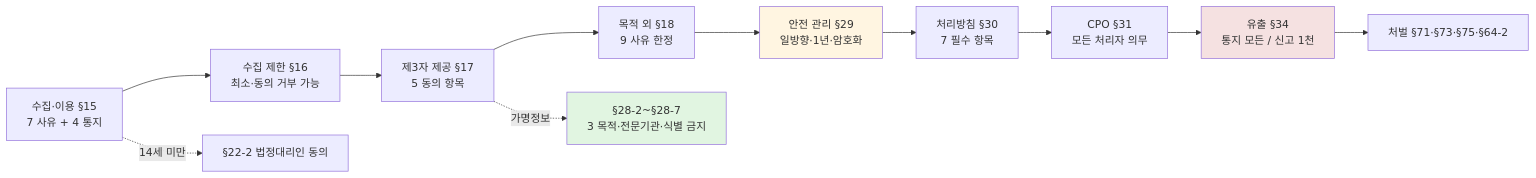
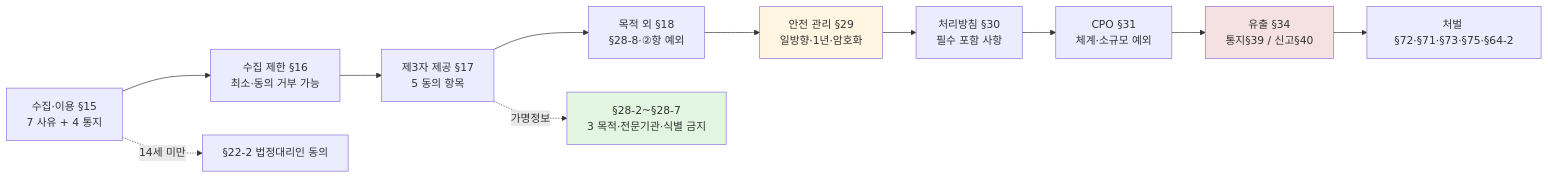
The third of 5 diagrams in cs/information-security/study/05.management-and-law/08.privacy-law.md (ianrang/cs-study), drawn with Mermaid before and after one commit. The commit also changed other lines of this file and 1 other file, not shown here.

````diff
--- a/cs/information-security/study/05.management-and-law/08.privacy-law.md
+++ b/cs/information-security/study/05.management-and-law/08.privacy-law.md
@@ -752,18 +761,18 @@
 ```mermaid
 graph LR
   S1[수집·이용 §15<br/>7 사유 + 4 통지] --> S2[수집 제한 §16<br/>최소·동의 거부 가능]
   S2 --> S3[제3자 제공 §17<br/>5 동의 항목]
-  S3 --> S4[목적 외 §18<br/>9 사유 한정]
+  S3 --> S4[목적 외 §18<br/>§28-8·②항 예외]
   S4 --> S5[안전 관리 §29<br/>일방향·1년·암호화]
-  S5 --> S6[처리방침 §30<br/>7 필수 항목]
-  S6 --> S7[CPO §31<br/>모든 처리자 의무]
-  S7 --> S8[유출 §34<br/>통지 모든 / 신고 1천]
-  S8 --> S9[처벌 §71·§73·§75·§64-2]
+  S5 --> S6[처리방침 §30<br/>필수 포함 사항]
+  S6 --> S7[CPO §31<br/>체계·소규모 예외]
+  S7 --> S8[유출 §34<br/>통지§39 / 신고§40]
+  S8 --> S9[처벌 §72·§71·§73·§75·§64-2]
 
   S1 -.14세 미만.-> A[§22-2 법정대리인 동의]
   S3 -.가명정보.-> G[§28-2~§28-7<br/>3 목적·전문기관·식별 금지]
 
   style S5 fill:#fff5e1
   style S8 fill:#f5e1e1
   style G fill:#e1f5e1
 ```
````
